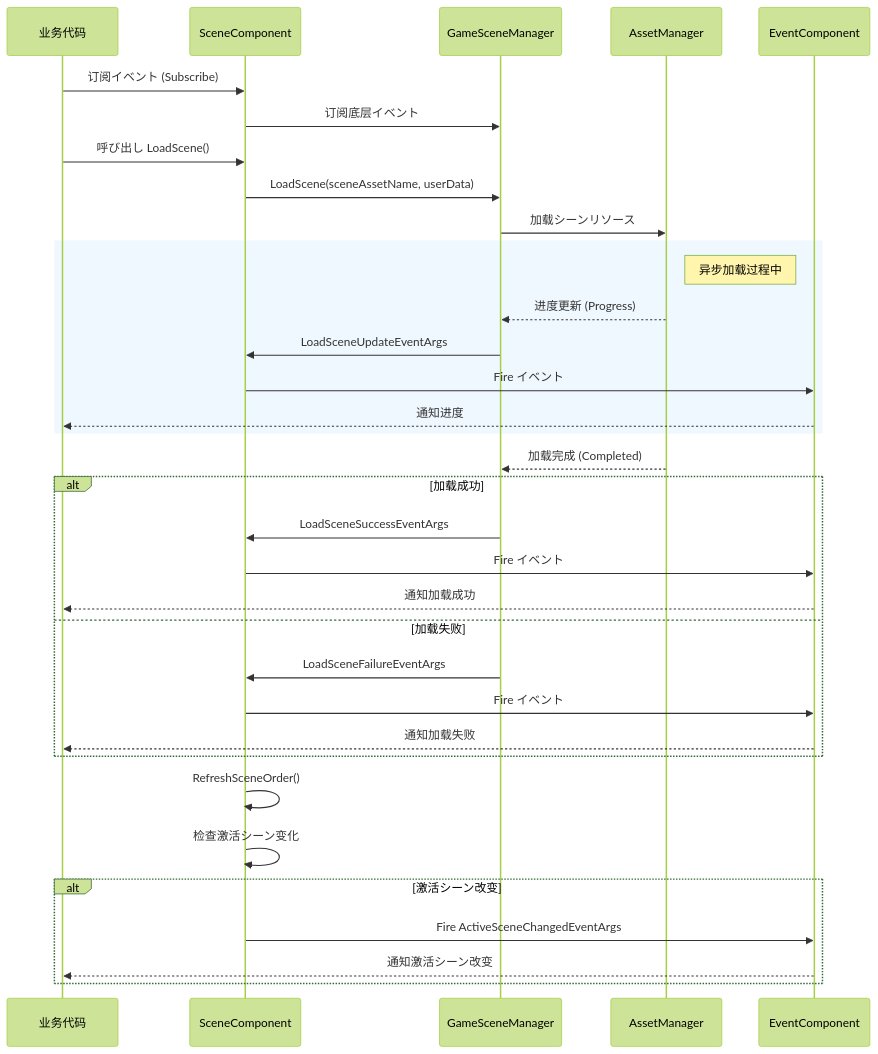
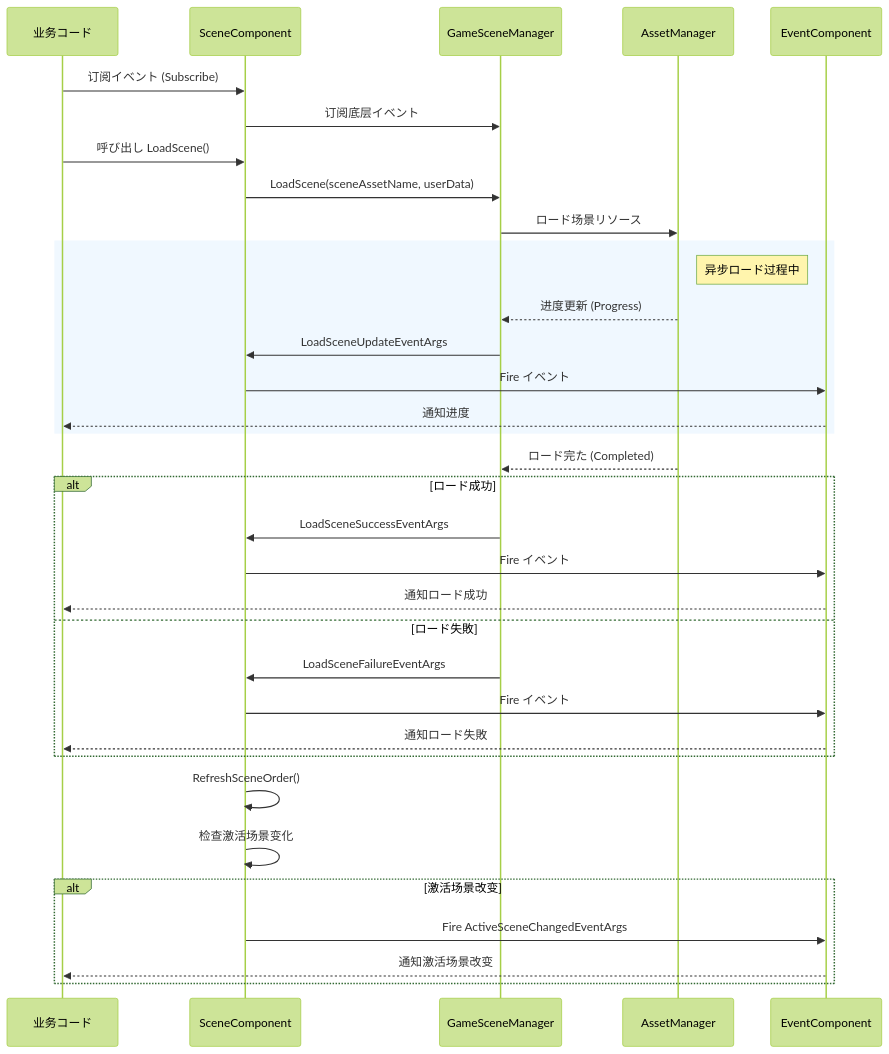
Before and after one commit to AlianBlank/GameFrameX.Docs: the second of 3 diagrams in docs/ja/client/unity/component/scene/05.events.md, drawn with Mermaid (forest theme). The commit also changed other lines of this file and 320 other files, not shown here.

````diff
--- a/docs/ja/client/unity/component/scene/05.events.md
+++ b/docs/ja/client/unity/component/scene/05.events.md
@@ -65,40 +65,40 @@
 ```mermaid
 sequenceDiagram
-    participant B as 业务代码
+    participant B as 业务コード
     participant SC as SceneComponent
     participant GM as GameSceneManager
     participant AM as AssetManager
     participant EC as EventComponent
 
     B->>SC: 订阅イベント (Subscribe)
     SC->>GM: 订阅底层イベント
     B->>SC: 呼び出し LoadScene()
     SC->>GM: LoadScene(sceneAssetName, userData)
-    GM->>AM: 加载シーンリソース
+    GM->>AM: ロード场景リソース
     
     rect rgb(240, 248, 255)
-        note right of AM: 异步加载过程中
+        note right of AM: 异步ロード过程中
         AM-->>GM: 进度更新 (Progress)
         GM->>SC: LoadSceneUpdateEventArgs
         SC->>EC: Fire イベント
         EC-->>B: 通知进度
     end
     
-    AM-->>GM: 加载完成 (Completed)
-    alt 加载成功
+    AM-->>GM: ロード完た (Completed)
+    alt ロード成功
         GM->>SC: LoadSceneSuccessEventArgs
         SC->>EC: Fire イベント
-        EC-->>B: 通知加载成功
-    else 加载失败
+        EC-->>B: 通知ロード成功
+    else ロード失敗
         GM->>SC: LoadSceneFailureEventArgs
         SC->>EC: Fire イベント
-        EC-->>B: 通知加载失败
+        EC-->>B: 通知ロード失敗
     end
     
     SC->>SC: RefreshSceneOrder()
-    SC->>SC: 检查激活シーン变化
-    alt 激活シーン改变
+    SC->>SC: 检查激活场景变化
+    alt 激活场景改变
         SC->>EC: Fire ActiveSceneChangedEventArgs
-        EC-->>B: 通知激活シーン改变
+        EC-->>B: 通知激活场景改变
     end
 ```
````
